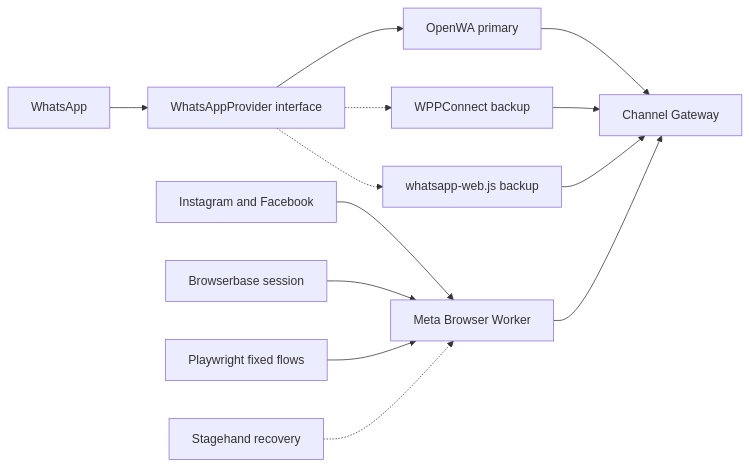
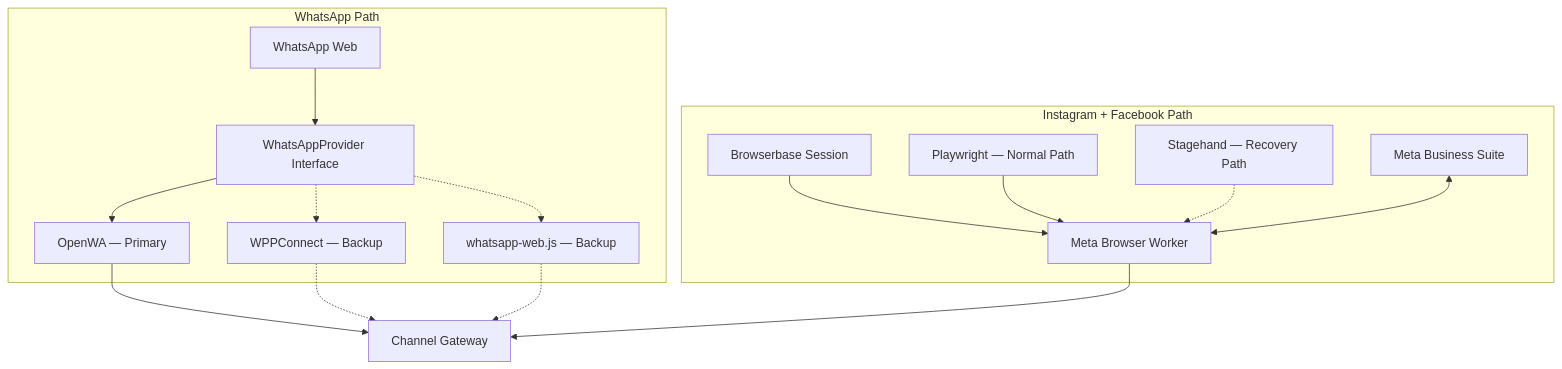
The third of 6 diagrams in README.md (Metwally-Sayed/ai-sales-automation-architecture), drawn with Mermaid before and after one commit. The commit also changed other lines of this file, not shown here.

Commit message:
docs: replace mega diagram with clear architecture views

````diff
--- a/README.md
+++ b/README.md
@@ -88,17 +110,33 @@
 ```mermaid
-flowchart LR
-    WA["WhatsApp"] --> WA_INTERFACE["WhatsAppProvider interface"]
-    WA_INTERFACE --> OPENWA["OpenWA primary"]
-    WA_INTERFACE -.-> WPPCONNECT["WPPConnect backup"]
-    WA_INTERFACE -.-> WWEBJS["whatsapp-web.js backup"]
+flowchart TB
+    subgraph WHATSAPP["WhatsApp Path"]
+        WA["WhatsApp Web"]
+        WA_INTERFACE["WhatsAppProvider Interface"]
+        OPENWA["OpenWA — Primary"]
+        WPPCONNECT["WPPConnect — Backup"]
+        WWEBJS["whatsapp-web.js — Backup"]
 
-    META["Instagram and Facebook"] --> META_WORKER["Meta Browser Worker"]
-    BROWSERBASE["Browserbase session"] --> META_WORKER
-    PLAYWRIGHT["Playwright fixed flows"] --> META_WORKER
-    STAGEHAND["Stagehand recovery"] -.-> META_WORKER
+        WA --> WA_INTERFACE
+        WA_INTERFACE --> OPENWA
+        WA_INTERFACE -.-> WPPCONNECT
+        WA_INTERFACE -.-> WWEBJS
+    end
+
+    subgraph META["Instagram + Facebook Path"]
+        META_INBOX["Meta Business Suite"]
+        BROWSERBASE["Browserbase Session"]
+        PLAYWRIGHT["Playwright — Normal Path"]
+        STAGEHAND["Stagehand — Recovery Path"]
+        META_WORKER["Meta Browser Worker"]
+
+        BROWSERBASE --> META_WORKER
+        PLAYWRIGHT --> META_WORKER
+        STAGEHAND -.-> META_WORKER
+        META_INBOX <--> META_WORKER
+    end
 
     OPENWA --> GATEWAY["Channel Gateway"]
-    WPPCONNECT --> GATEWAY
-    WWEBJS --> GATEWAY
+    WPPCONNECT -.-> GATEWAY
+    WWEBJS -.-> GATEWAY
     META_WORKER --> GATEWAY
 ```
````
